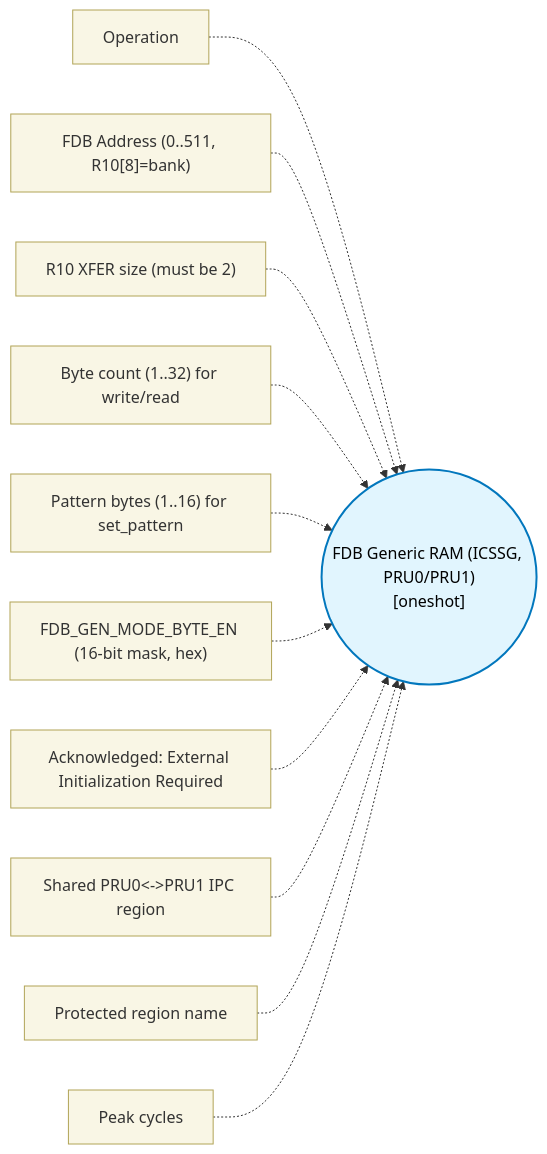
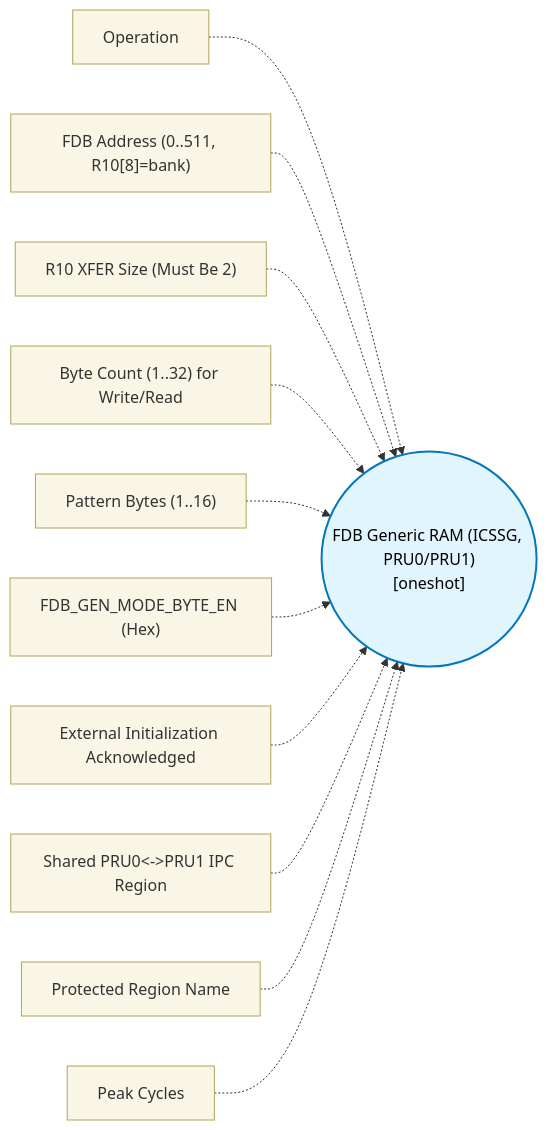
One commit to TexasInstruments/pru-no-code-tool changed the diagram in docs/block-reference/blocks/fdb_gp_ram_block/design.md. Above: the diagram before and after it, drawn with Mermaid. The commit also changed other lines of this file and 89 other files, not shown here.

````diff
--- a/docs/block-reference/blocks/fdb_gp_ram_block/design.md
+++ b/docs/block-reference/blocks/fdb_gp_ram_block/design.md
@@ -11,16 +11,16 @@
 ```mermaid
 flowchart LR
   classDef config fill:#f9f6e5,stroke:#b1a457,stroke-width:1px,color:#333;
   classDef core fill:#e1f5fe,stroke:#0277bd,stroke-width:2px,color:#000;
   CORE(("FDB Generic RAM (ICSSG, PRU0/PRU1)\n[oneshot]")):::core
   CFG0["Operation"]:::config -.-> CORE
   CFG1["FDB Address (0..511, R10[8]=bank)"]:::config -.-> CORE
-  CFG2["R10 XFER size (must be 2)"]:::config -.-> CORE
-  CFG3["Byte count (1..32) for write/read"]:::config -.-> CORE
-  CFG4["Pattern bytes (1..16) for set_pattern"]:::config -.-> CORE
-  CFG5["FDB_GEN_MODE_BYTE_EN (16-bit mask, hex)"]:::config -.-> CORE
-  CFG6["Acknowledged: External Initialization Required"]:::config -.-> CORE
-  CFG7["Shared PRU0<->PRU1 IPC region"]:::config -.-> CORE
-  CFG8["Protected region name"]:::config -.-> CORE
-  CFG9["Peak cycles"]:::config -.-> CORE
+  CFG2["R10 XFER Size (Must Be 2)"]:::config -.-> CORE
+  CFG3["Byte Count (1..32) for Write/Read"]:::config -.-> CORE
+  CFG4["Pattern Bytes (1..16)"]:::config -.-> CORE
+  CFG5["FDB_GEN_MODE_BYTE_EN (Hex)"]:::config -.-> CORE
+  CFG6["External Initialization Acknowledged"]:::config -.-> CORE
+  CFG7["Shared PRU0<->PRU1 IPC Region"]:::config -.-> CORE
+  CFG8["Protected Region Name"]:::config -.-> CORE
+  CFG9["Peak Cycles"]:::config -.-> CORE
 ```
````
